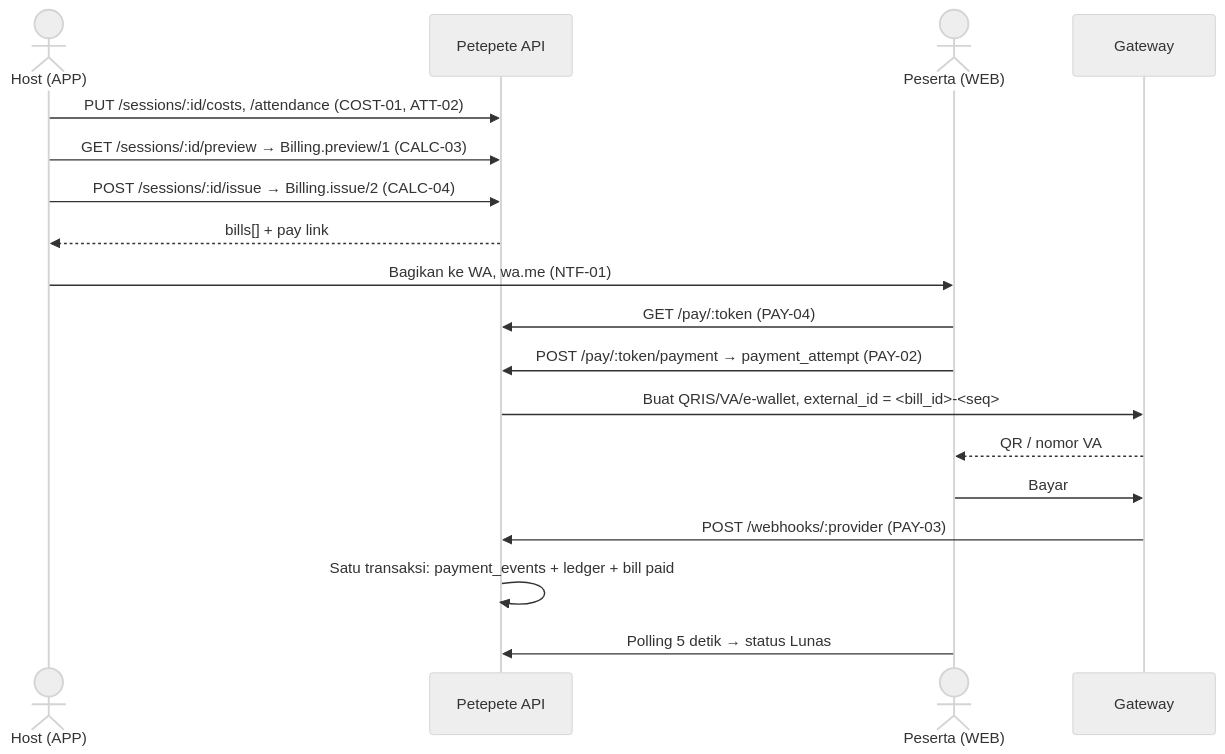
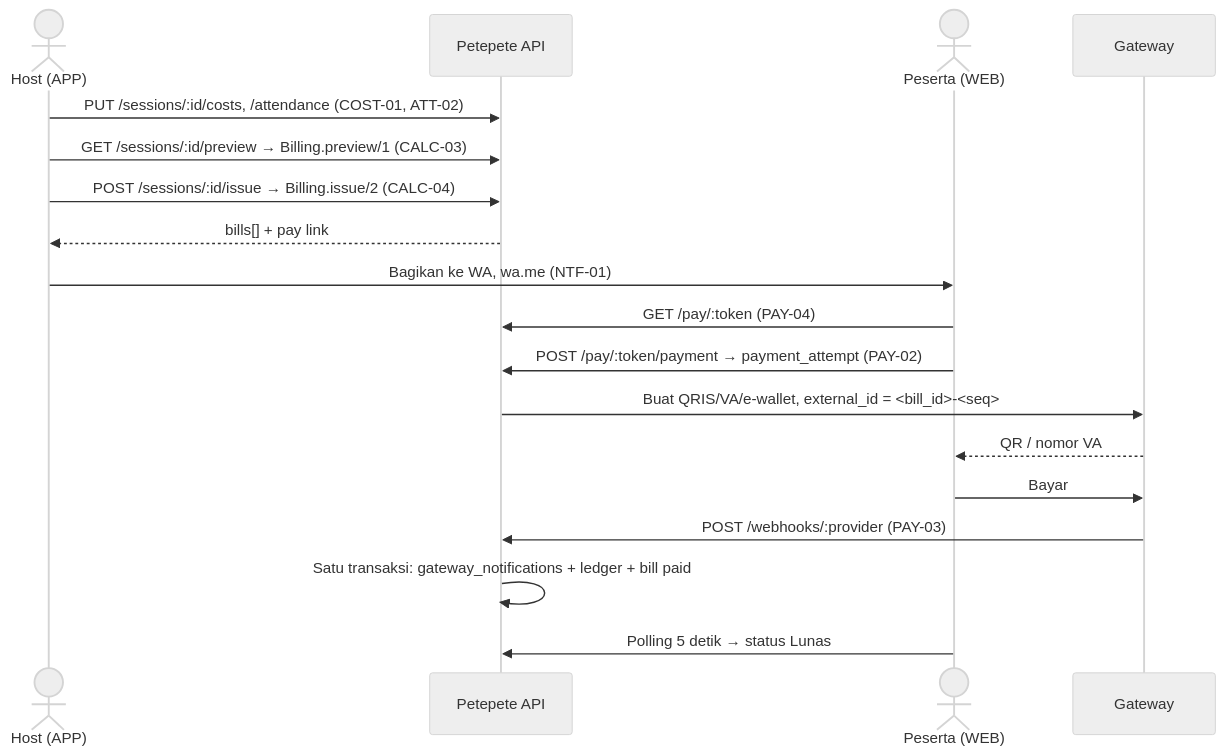
Before and after one commit to zaychoer/petepete: the first of 2 diagrams in docs/spec.md, drawn with Mermaid (neutral theme). The commit also changed other lines of this file and 2 other files, not shown here.

Commit message:
docs: Revisi 3 spec, ledger named money events, Billing owns session and bill state, ADR-0002, CONTEXT terms

````diff
--- a/docs/spec.md
+++ b/docs/spec.md
@@ -51,20 +62,20 @@
 ```mermaid
 sequenceDiagram
     actor H as Host (APP)
     participant P as Petepete API
     actor M as Peserta (WEB)
     participant G as Gateway
     H->>P: PUT /sessions/:id/costs, /attendance (COST-01, ATT-02)
     H->>P: GET /sessions/:id/preview → Billing.preview/1 (CALC-03)
     H->>P: POST /sessions/:id/issue → Billing.issue/2 (CALC-04)
     P-->>H: bills[] + pay link
     H->>M: Bagikan ke WA, wa.me (NTF-01)
     M->>P: GET /pay/:token (PAY-04)
     M->>P: POST /pay/:token/payment → payment_attempt (PAY-02)
     P->>G: Buat QRIS/VA/e-wallet, external_id = <bill_id>-<seq>
     G-->>M: QR / nomor VA
     M->>G: Bayar
     G->>P: POST /webhooks/:provider (PAY-03)
-    P->>P: Satu transaksi: payment_events + ledger + bill paid
+    P->>P: Satu transaksi: gateway_notifications + ledger + bill paid
     M->>P: Polling 5 detik → status Lunas
 ```
````
